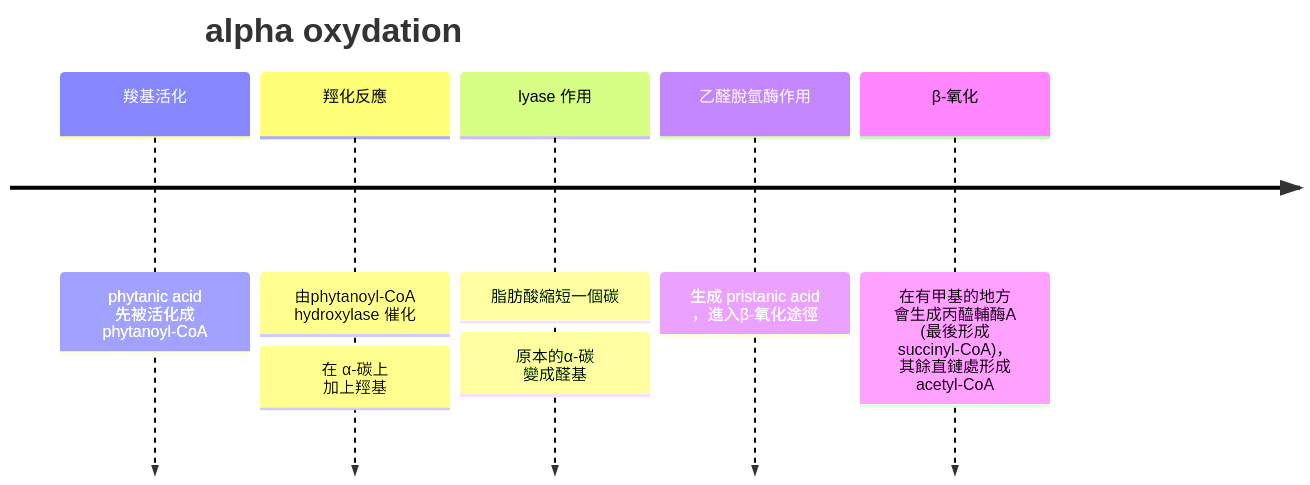
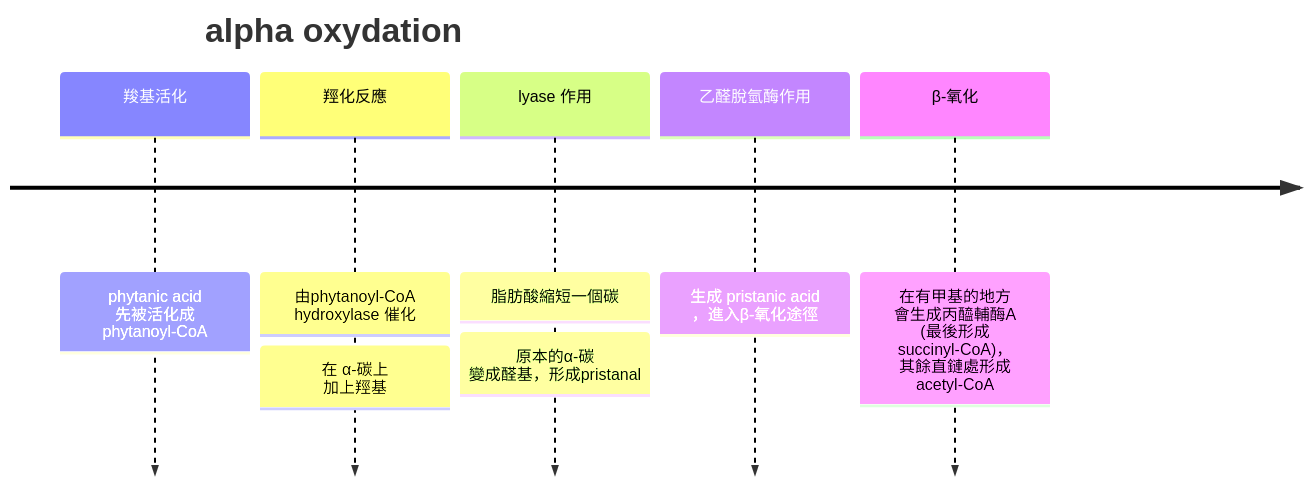
Before and after one commit to Jacklyn301/biochem_note_1142: diagram 22 of 23 in Biochem_note.md, drawn with Mermaid. The commit also changed other lines of this file, not shown here.

````diff
--- a/Biochem_note.md
+++ b/Biochem_note.md
@@ -1431,9 +1433,9 @@
 ```mermaid
 timeline
 title alpha oxydation
   羧基活化 : phytanic acid <br>先被活化成 <br>phytanoyl-CoA
   羥化反應 : 由phytanoyl-CoA<br>hydroxylase 催化 : 在 α-碳上<br>加上羥基
-  lyase 作用: 脂肪酸縮短一個碳 : 原本的α-碳<br>變成醛基
+  lyase 作用: 脂肪酸縮短一個碳 : 原本的α-碳<br>變成醛基，形成pristanal
   乙醛脫氫酶作用 : 生成 pristanic acid<br>，進入β-氧化途徑
   β-氧化 : 在有甲基的地方<br>會生成丙醯輔酶A <br>(最後形成<br>succinyl-CoA)，<br>其餘直鏈處形成<br>acetyl-CoA
 ```
````
